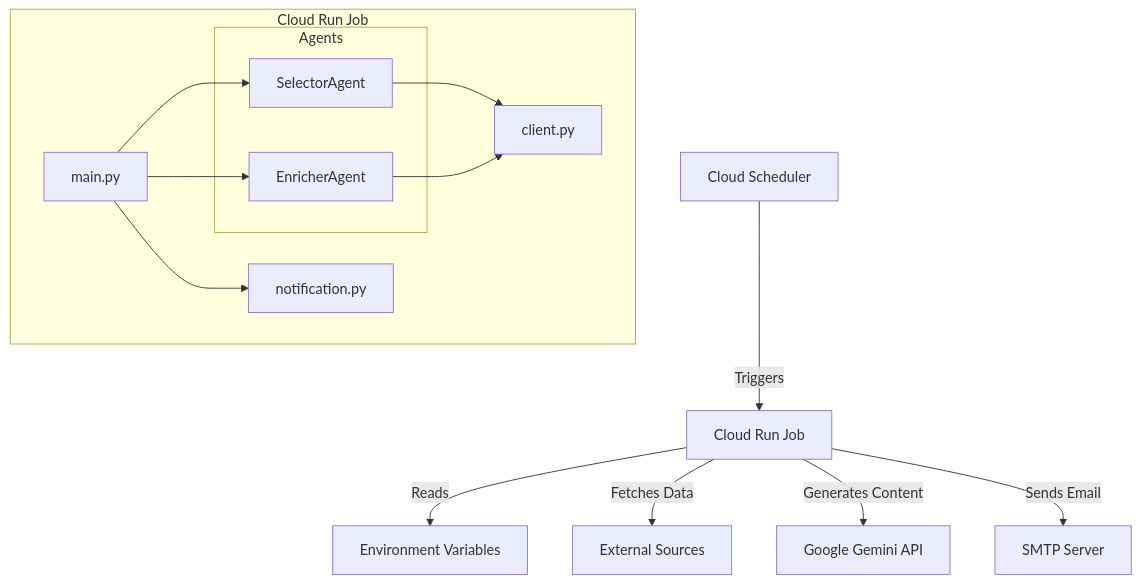
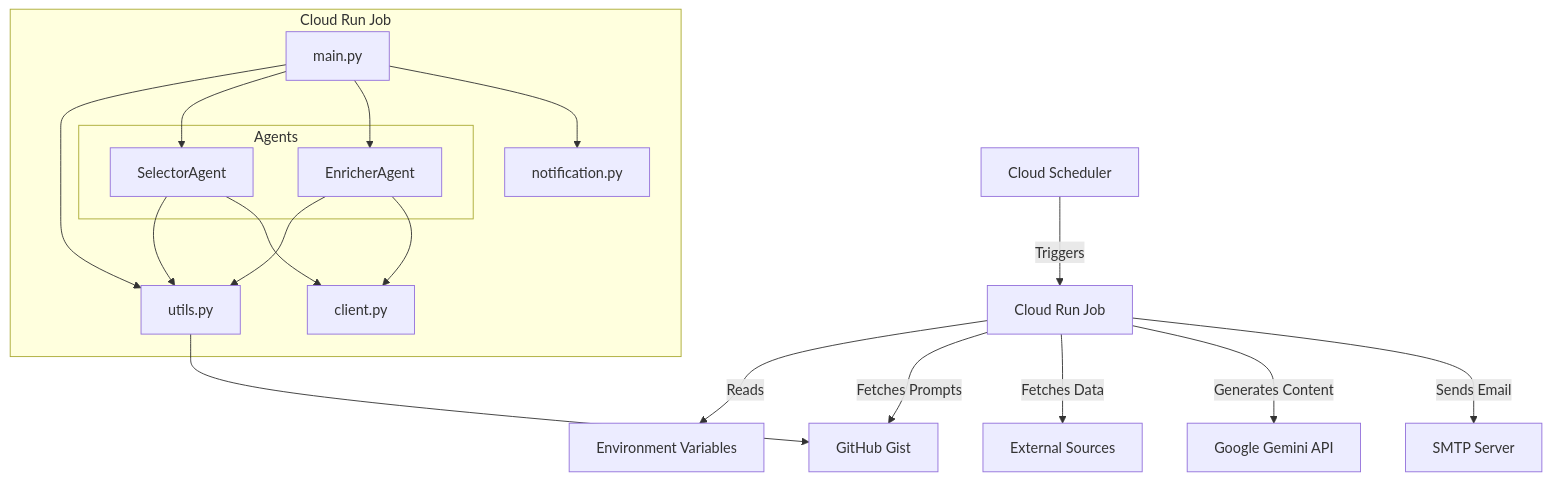
One commit to xPierG/morning_digest changed the diagram in docs/ARCHITECTURE.md. Above: the diagram before and after it, drawn with Mermaid. The commit also changed other lines of this file and 6 other files, not shown here.

First line of the commit message:
feat: Implement Externalized Prompts via GitHub Gist

````diff
--- a/docs/ARCHITECTURE.md
+++ b/docs/ARCHITECTURE.md
@@ -11,24 +11,30 @@
 ```mermaid
 graph TD
     Scheduler[Cloud Scheduler] -->|Triggers| Job[Cloud Run Job]
     Job -->|Reads| Env[Environment Variables]
+    Job -->|Fetches Prompts| Gist[GitHub Gist]
     Job -->|Fetches Data| Sources[External Sources]
     Job -->|Generates Content| LLM[Google Gemini API]
     Job -->|Sends Email| SMTP[SMTP Server]
     
     subgraph Cloud Run Job
         Main[main.py]
         subgraph Agents
             Selector[SelectorAgent]
             Enricher[EnricherAgent]
         end
         Client[client.py]
         Notify[notification.py]
+        Utils[utils.py]
     end
     
+    Main --> Utils
+    Utils --> Gist
     Main --> Selector
     Main --> Enricher
+    Selector --> Utils
+    Enricher --> Utils
     Selector --> Client
     Enricher --> Client
     Main --> Notify
 ```
````
